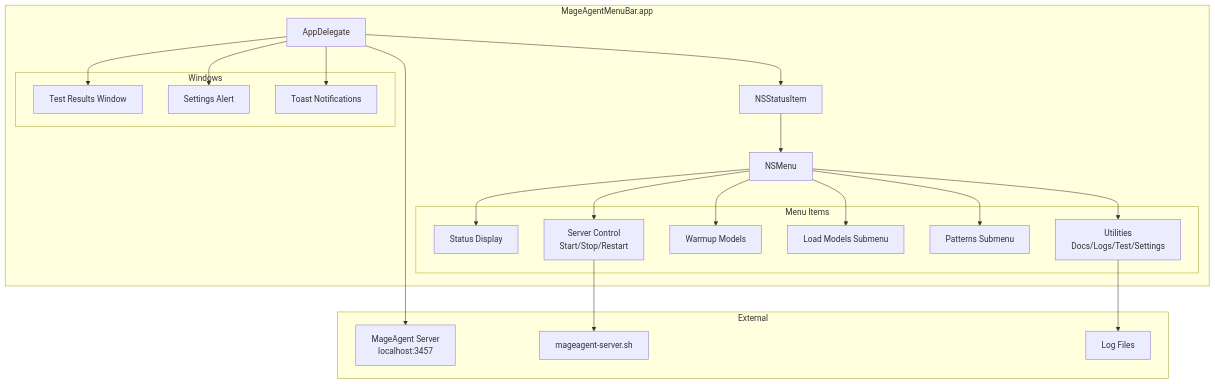
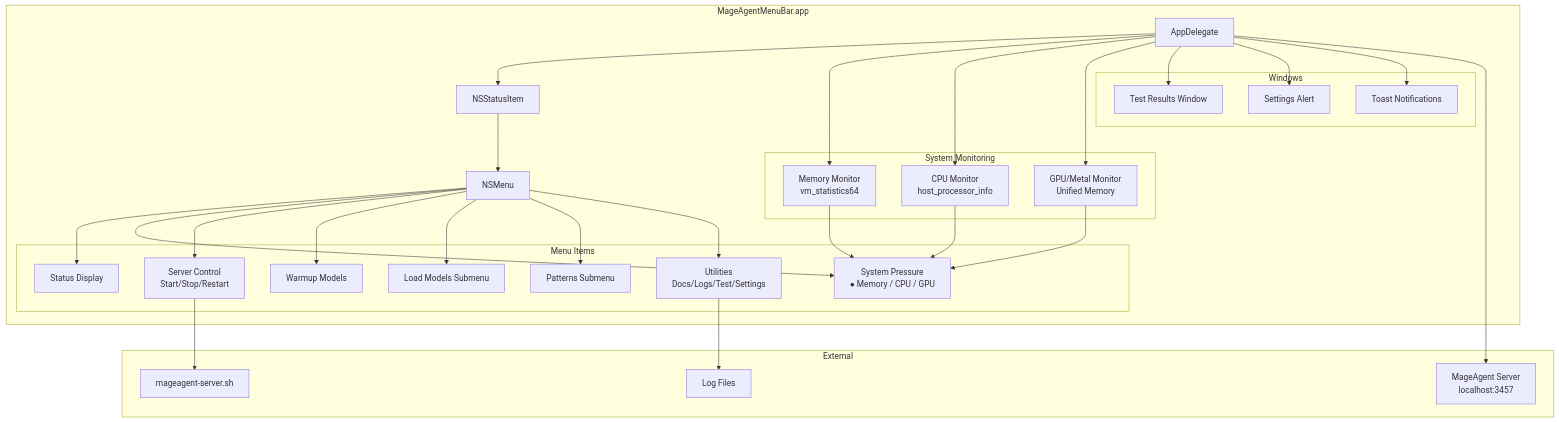
One commit to adverant/Adverant-Nexus-Local-Mageagent changed the second of 10 diagrams in docs/diagrams/architecture.md. Above: the diagram before and after it, drawn with Mermaid. The commit also changed other lines of this file and 9 other files, not shown here.

First line of the commit message:
feat: Release v2.1.0 with production-grade timeout handling and system monitoring

````diff
--- a/docs/diagrams/architecture.md
+++ b/docs/diagrams/architecture.md
@@ -71,46 +71,61 @@
 ```mermaid
 graph TB
     subgraph "MageAgentMenuBar.app"
         AD[AppDelegate]
         SI[NSStatusItem]
         MN[NSMenu]
 
         subgraph "Menu Items"
             ST[Status Display]
+            SP[System Pressure<br/>● Memory / CPU / GPU]
             SC[Server Control<br/>Start/Stop/Restart]
             WM[Warmup Models]
             LM[Load Models Submenu]
             PT[Patterns Submenu]
             UT[Utilities<br/>Docs/Logs/Test/Settings]
+        end
+
+        subgraph "System Monitoring"
+            MT[Memory Monitor<br/>vm_statistics64]
+            CT[CPU Monitor<br/>host_processor_info]
+            GT[GPU/Metal Monitor<br/>Unified Memory]
         end
 
         subgraph "Windows"
             TW[Test Results Window]
             SW[Settings Alert]
             TT[Toast Notifications]
         end
     end
 
     subgraph "External"
         SRV[MageAgent Server<br/>localhost:3457]
         SCR[mageagent-server.sh]
         LOG[Log Files]
     end
 
     AD --> SI
     SI --> MN
     MN --> ST
+    MN --> SP
     MN --> SC
     MN --> WM
     MN --> LM
     MN --> PT
     MN --> UT
+
+    AD --> MT
+    AD --> CT
+    AD --> GT
+    MT --> SP
+    CT --> SP
+    GT --> SP
 
     AD --> TW
     AD --> SW
     AD --> TT
 
     SC --> SCR
     AD --> SRV
     UT --> LOG
 ```
````
